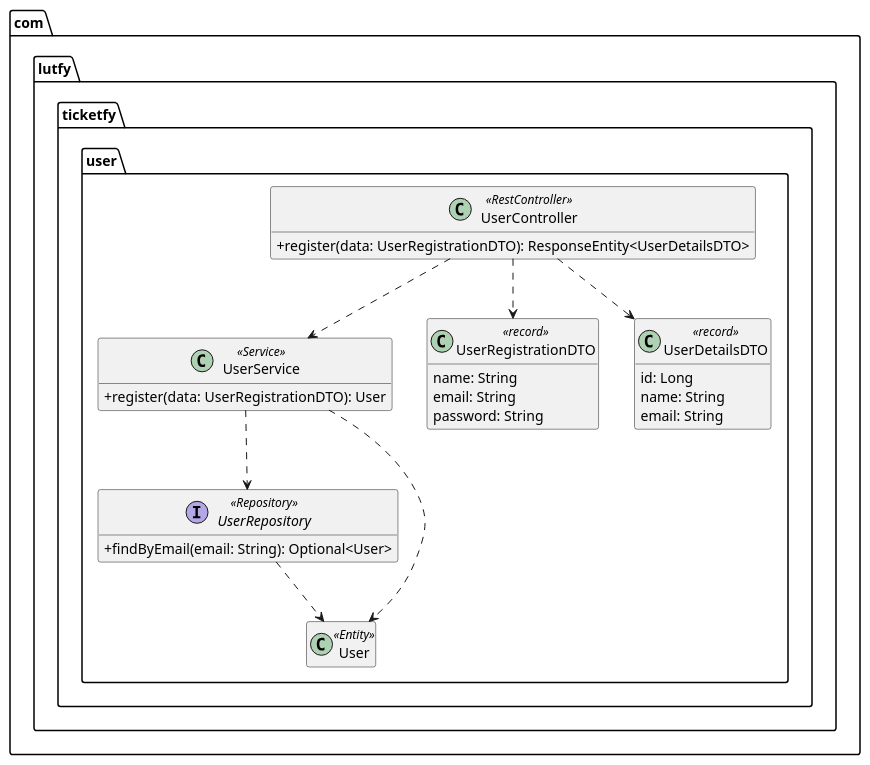
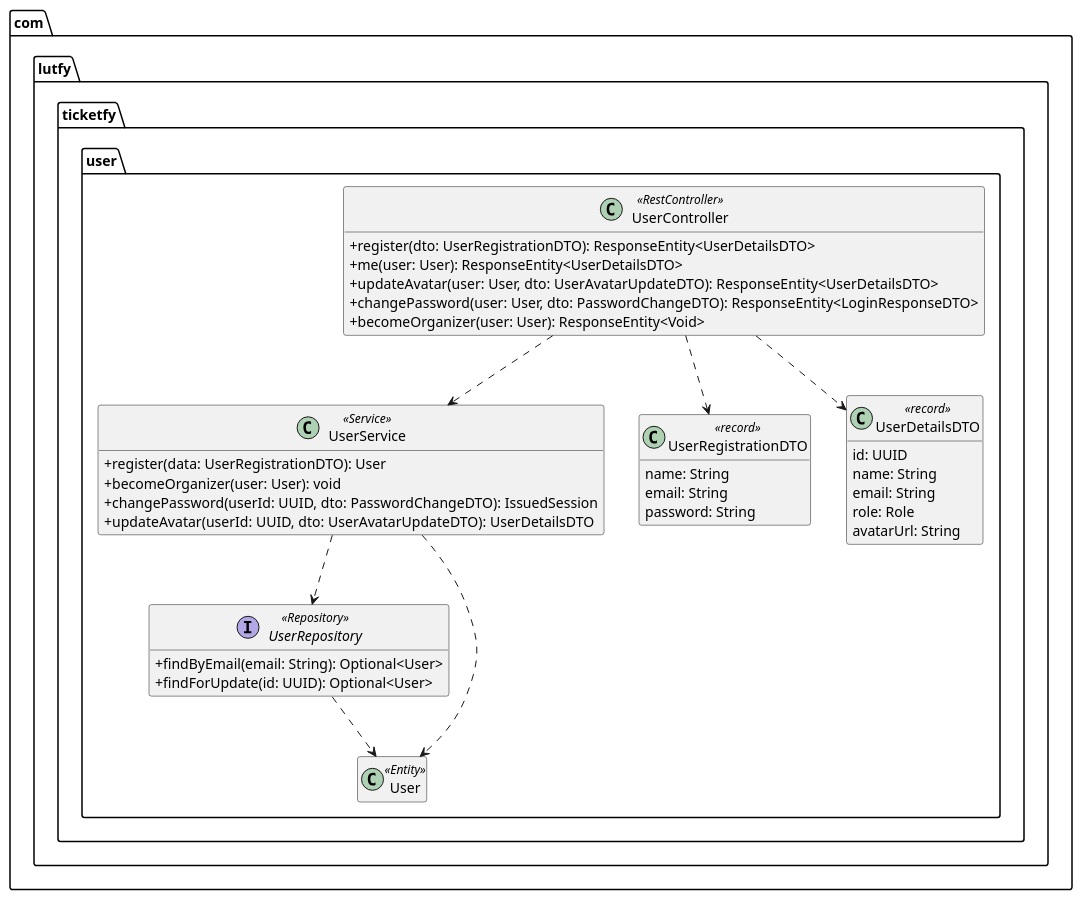
One commit to rodrigolutfydev/Ticketfy-API changed the first of 2 diagrams in docs/04 - Diagrama de Classes de Domínio.md. Above: the diagram before and after it, drawn with PlantUML. The commit also changed other lines of this file and 5 other files, not shown here.

First line of the commit message:
docs: align vision, requirements, use case, domain and architecture with the code

````diff
--- a/docs/04 - Diagrama de Classes de Domínio.md
+++ b/docs/04 - Diagrama de Classes de Domínio.md
@@ -44,36 +39,46 @@
 ```plantuml
 @startuml user-module-layers
 skinparam classAttributeIconSize 0
 hide empty members
 
 package "com.lutfy.ticketfy.user" {
   class UserController <<RestController>> {
-    + register(data: UserRegistrationDTO): ResponseEntity<UserDetailsDTO>
+    + register(dto: UserRegistrationDTO): ResponseEntity<UserDetailsDTO>
+    + me(user: User): ResponseEntity<UserDetailsDTO>
+    + updateAvatar(user: User, dto: UserAvatarUpdateDTO): ResponseEntity<UserDetailsDTO>
+    + changePassword(user: User, dto: PasswordChangeDTO): ResponseEntity<LoginResponseDTO>
+    + becomeOrganizer(user: User): ResponseEntity<Void>
   }
   class UserService <<Service>> {
     + register(data: UserRegistrationDTO): User
+    + becomeOrganizer(user: User): void
+    + changePassword(userId: UUID, dto: PasswordChangeDTO): IssuedSession
+    + updateAvatar(userId: UUID, dto: UserAvatarUpdateDTO): UserDetailsDTO
   }
   interface UserRepository <<Repository>> {
     + findByEmail(email: String): Optional<User>
+    + findForUpdate(id: UUID): Optional<User>
   }
   class UserRegistrationDTO <<record>> {
     name: String
     email: String
     password: String
   }
   class UserDetailsDTO <<record>> {
-    id: Long
+    id: UUID
     name: String
     email: String
+    role: Role
+    avatarUrl: String
   }
   class User <<Entity>>
 }
 
 UserController ..> UserService
 UserController ..> UserRegistrationDTO
 UserController ..> UserDetailsDTO
 UserService ..> UserRepository
 UserService ..> User
 UserRepository ..> User
 @enduml
 ```
````
